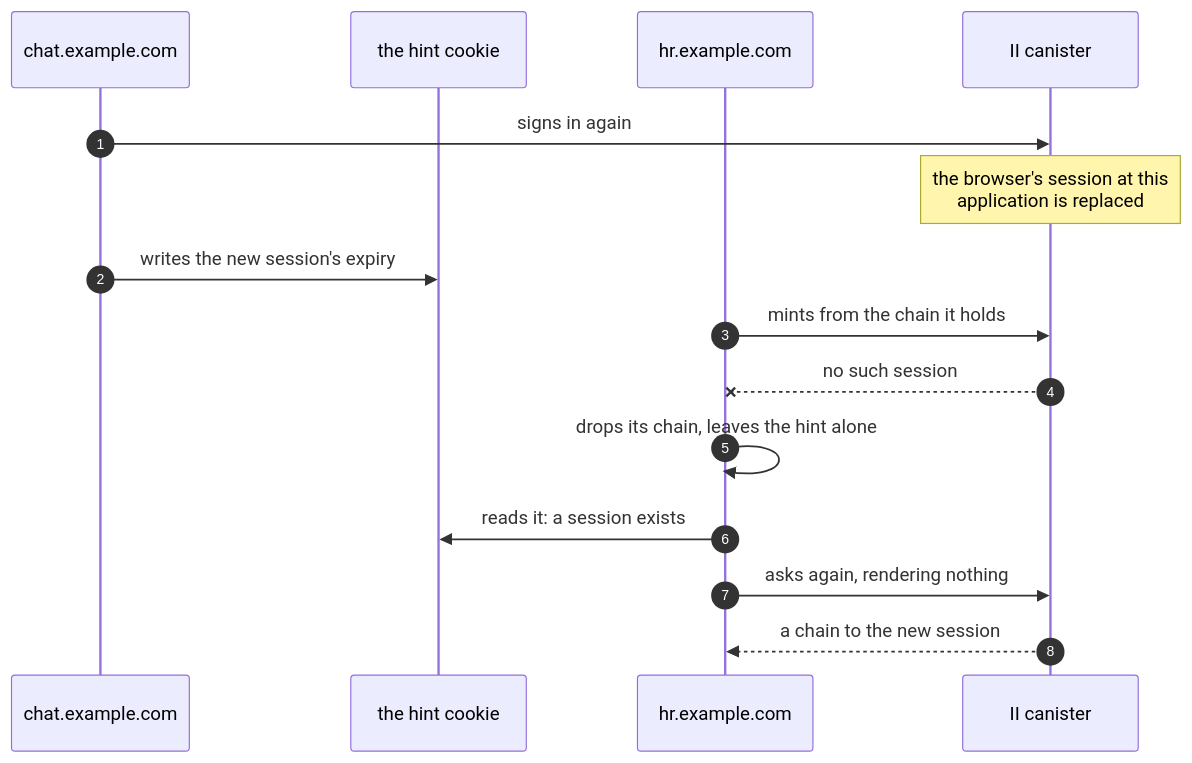
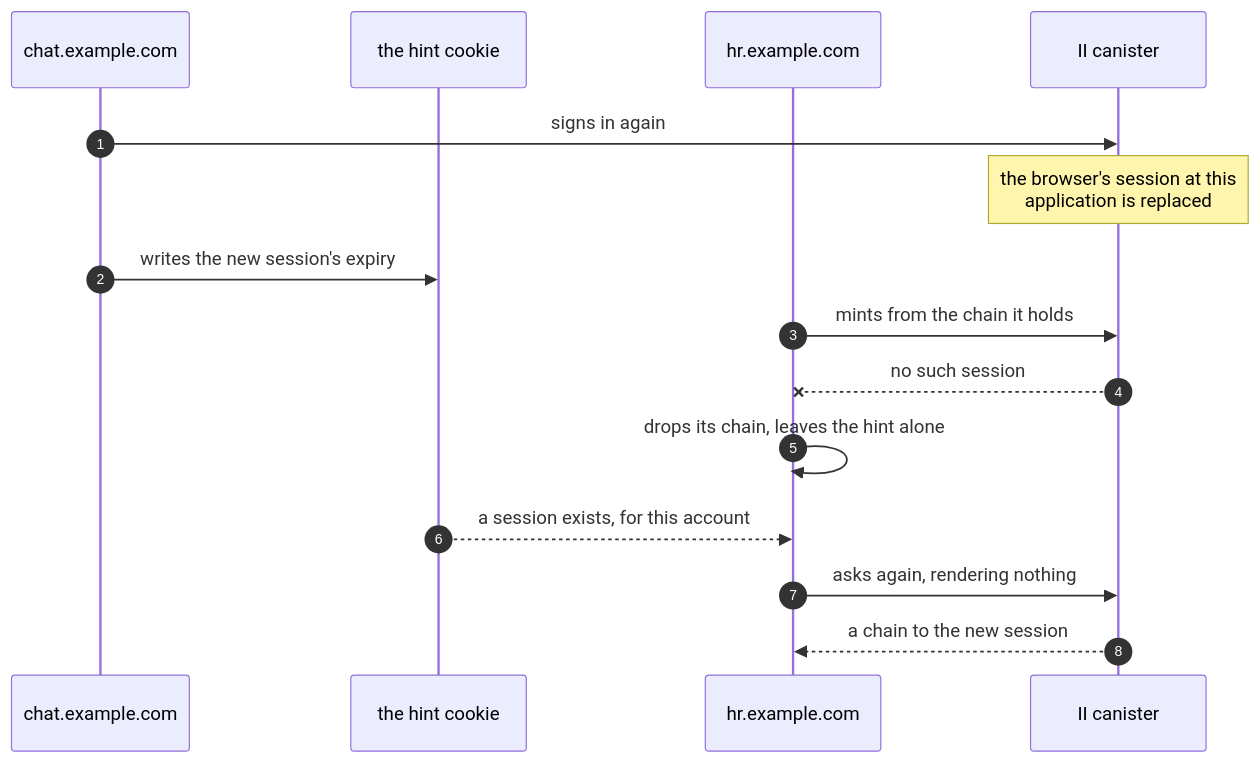
Before and after one commit to dfinity/internet-identity: the fifth of 5 diagrams in docs/ongoing/client-app-sessions.md, drawn with Mermaid. The commit also changed other lines of this file, not shown here.

````diff
--- a/docs/ongoing/client-app-sessions.md
+++ b/docs/ongoing/client-app-sessions.md
@@ -334,18 +290,18 @@
 ```mermaid
 sequenceDiagram
     autonumber
     participant chat as chat.example.com
     participant hint as the hint cookie
     participant hr as hr.example.com
     participant IIC as II canister
 
     chat->>IIC: signs in again
     Note over IIC: the browser's session at this<br/>application is replaced
     chat->>hint: writes the new session's expiry
     hr->>IIC: mints from the chain it holds
     IIC--xhr: no such session
     hr->>hr: drops its chain, leaves the hint alone
-    hr->>hint: reads it: a session exists
+    hint-->>hr: a session exists, for this account
     hr->>IIC: asks again, rendering nothing
     IIC-->>hr: a chain to the new session
 ```
````
